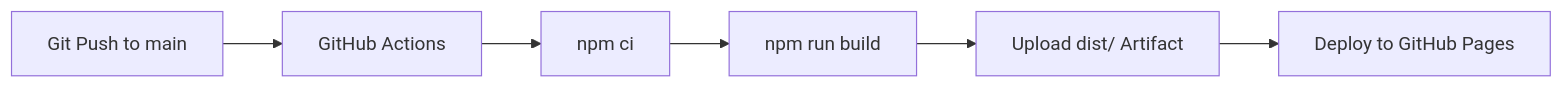
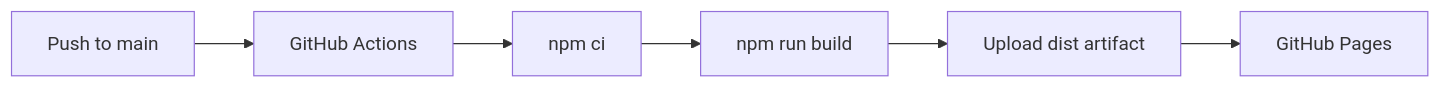
One commit to Abhi-wizard/portfolio changed the second of 2 diagrams in README.md. Above: the diagram before and after it, drawn with Mermaid. The commit also changed other lines of this file, not shown here.

````diff
--- a/README.md
+++ b/README.md
@@ -228,8 +536,16 @@
 ```mermaid
 flowchart LR
-    Push[Git Push to main] --> Actions[GitHub Actions]
-    Actions --> Install[npm ci]
-    Install --> Build[npm run build]
-    Build --> Artifact[Upload dist/ Artifact]
-    Artifact --> Deploy[Deploy to GitHub Pages]
+
+    Push[Push to main]
+    Actions[GitHub Actions]
+    Install[npm ci]
+    Build[npm run build]
+    Artifact[Upload dist artifact]
+    Pages[GitHub Pages]
+
+    Push --> Actions
+    Actions --> Install
+    Install --> Build
+    Build --> Artifact
+    Artifact --> Pages
 ```
````
